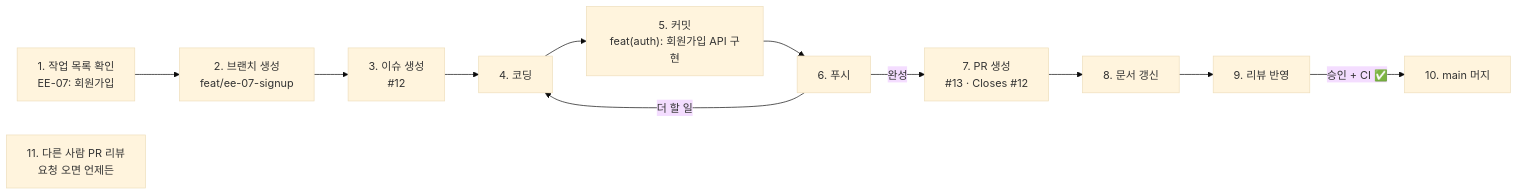
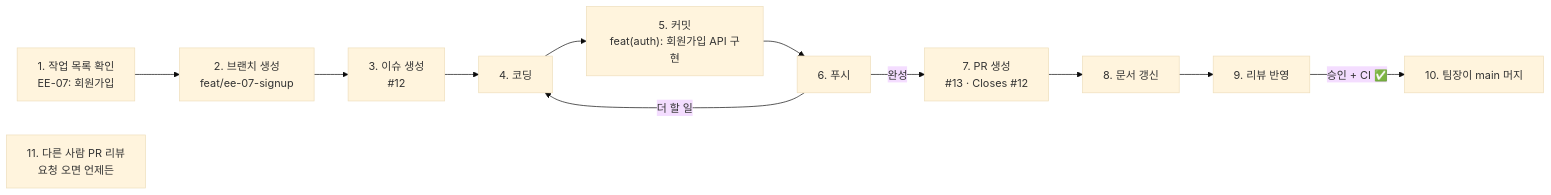
The second of 2 diagrams in CONTRIBUTING.md (0802222/Codyssey-B7-1-Term-Project), drawn with Mermaid (base theme) before and after one commit. The commit also changed other lines of this file and 3 other files, not shown here.

````diff
--- a/CONTRIBUTING.md
+++ b/CONTRIBUTING.md
@@ -131,9 +131,9 @@
 ```mermaid
 flowchart LR
   S1["1. 작업 목록 확인<br/>EE-07: 회원가입"] --> S2["2. 브랜치 생성<br/>feat/ee-07-signup"] --> S3["3. 이슈 생성<br/>#12"] --> S4["4. 코딩"]
   S4 --> S5["5. 커밋<br/>feat(auth): 회원가입 API 구현"] --> S6["6. 푸시"]
   S6 -->|"더 할 일"| S4
   S6 -->|"완성"| S7["7. PR 생성<br/>#13 · Closes #12"] --> S8["8. 문서 갱신"] --> S9["9. 리뷰 반영"]
-  S9 -->|"승인 + CI ✅"| S10["10. main 머지"]
+  S9 -->|"승인 + CI ✅"| S10["10. 팀장이 main 머지"]
   X["11. 다른 사람 PR 리뷰<br/>요청 오면 언제든"]
 ```
````
